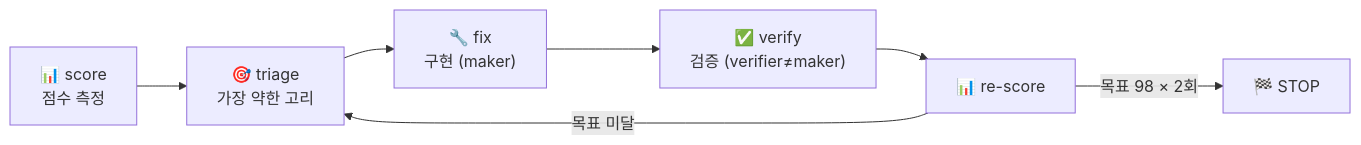
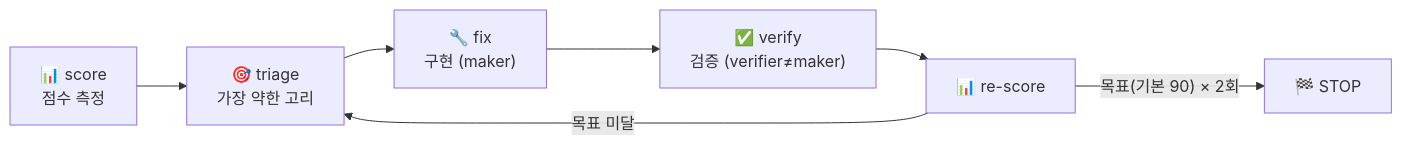
The diagram in README.md (bigbulgogiburger/claude-loop), drawn with Mermaid before and after one commit. The commit also changed other lines of this file and 4 other files, not shown here.

````diff
--- a/README.md
+++ b/README.md
@@ -24,9 +24,9 @@
 ```mermaid
 flowchart LR
     S["📊 score<br/>점수 측정"] --> T["🎯 triage<br/>가장 약한 고리"]
     T --> F["🔧 fix<br/>구현 (maker)"]
     F --> V["✅ verify<br/>검증 (verifier≠maker)"]
     V --> R["📊 re-score"]
     R -->|"목표 미달"| T
-    R -->|"목표 98 × 2회"| STOP["🏁 STOP"]
+    R -->|"목표(기본 90) × 2회"| STOP["🏁 STOP"]
 ```
````
